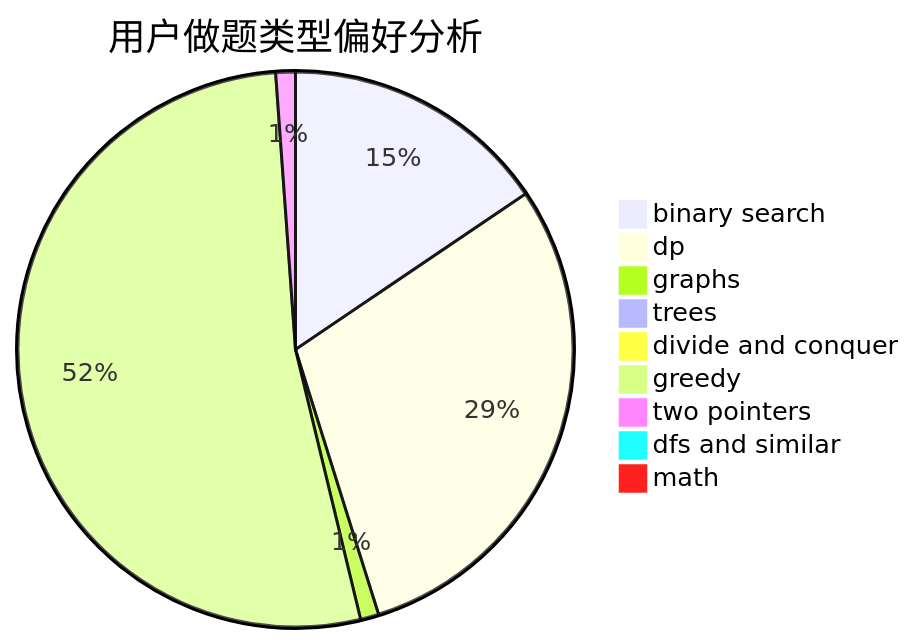
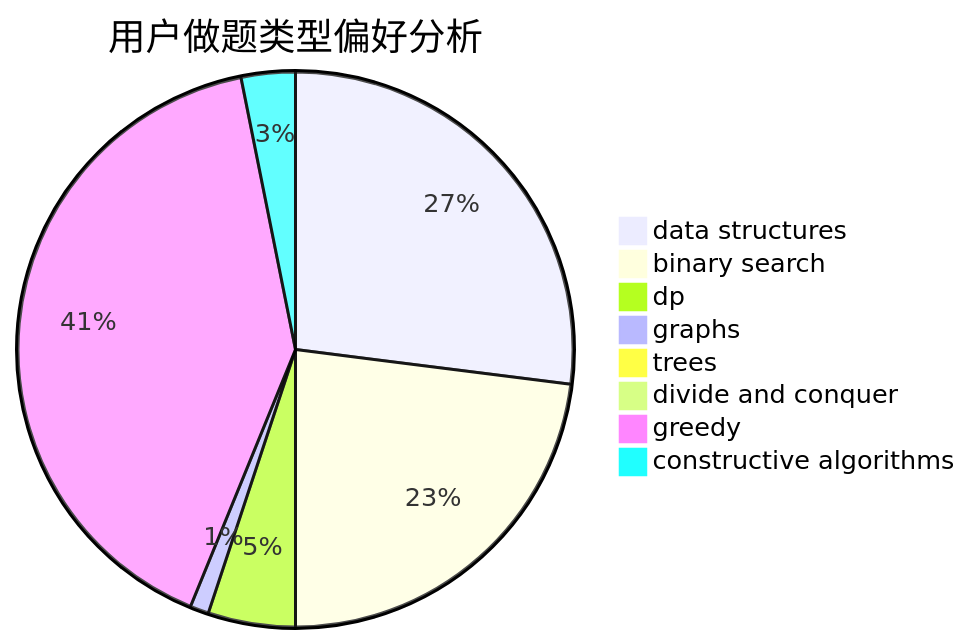
The second of 3 diagrams in docs/user/u2332.md (sherpahu/cfrs.github.io), drawn with Mermaid before and after one commit. The commit also changed other lines of this file and 2775 other files, not shown here.

````diff
--- a/docs/user/u2332.md
+++ b/docs/user/u2332.md
@@ -23,12 +23,11 @@
 ```mermaid
 pie title 用户做题类型偏好分析
-    "binary search" :  204
-    "dp" :  389
-    "graphs" :  14
-    "trees" :  1
+    "data structures" :  223
+    "binary search" :  190
+    "dp" :  42
+    "graphs" :  9
+    "trees" :  0
     "divide and conquer" :  0
-    "greedy" :  691
-    "two pointers" :  15
-    "dfs and similar" :  10
-    "math" :  10
+    "greedy" :  336
+    "constructive algorithms" :  26
 ```
````
